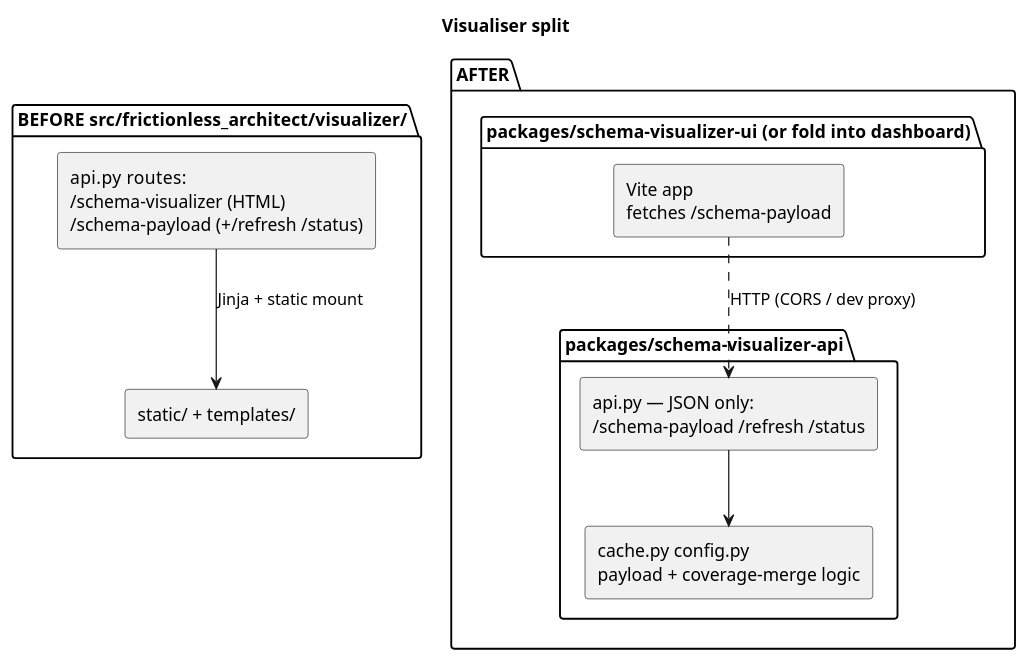
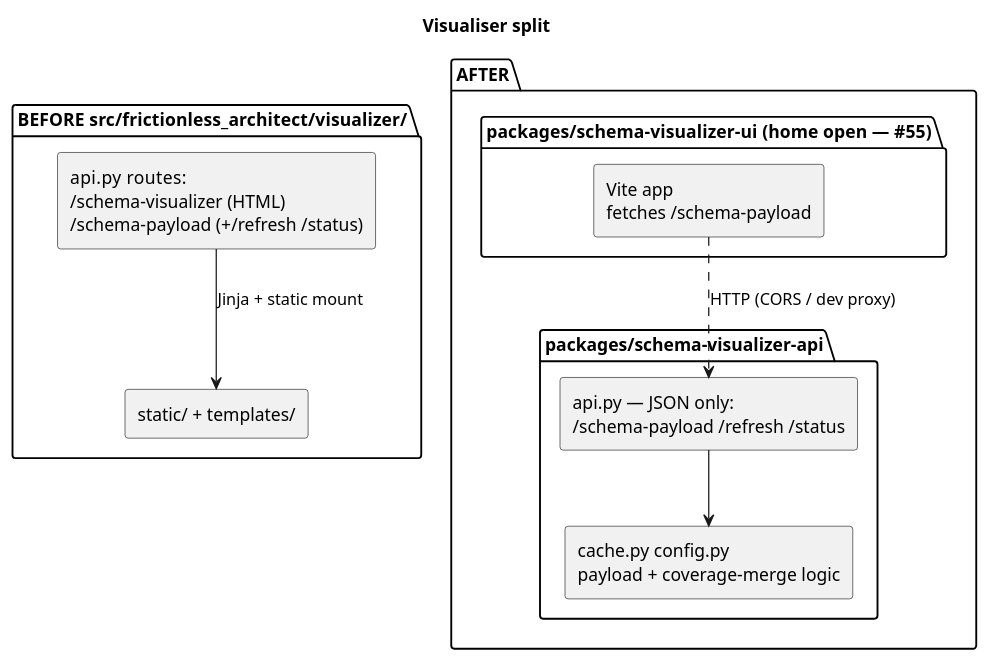
One commit to wolffy-au/frictionless-architect changed the third of 3 diagrams in ARCHITECTURE.md. Above: the diagram before and after it, drawn with PlantUML. The commit also changed other lines of this file and 5 other files, not shown here.

First line of the commit message:
docs(architecture): apply ADR-0011's six subsystems to ARCHITECTURE.md

````diff
--- a/ARCHITECTURE.md
+++ b/ARCHITECTURE.md
@@ -294,24 +267,24 @@
 ```plantuml
 @startuml
 title Visualiser split
 skinparam componentStyle rectangle
 
 package "BEFORE  src/frictionless_architect/visualizer/" {
   [api.py  routes:\n/schema-visualizer (HTML)\n/schema-payload (+/refresh /status)] as before_api
   [static/ + templates/] as before_ui
   before_api --> before_ui : Jinja + static mount
 }
 
 package "AFTER" {
   package "packages/schema-visualizer-api" {
     [api.py — JSON only:\n/schema-payload /refresh /status] as after_api
     [cache.py config.py\npayload + coverage-merge logic] as after_lib
     after_api --> after_lib
   }
-  package "packages/schema-visualizer-ui  (or fold into dashboard)" {
+  package "packages/schema-visualizer-ui  (home open — #55)" {
     [Vite app\nfetches /schema-payload] as after_ui
   }
   after_ui ..> after_api : HTTP (CORS / dev proxy)
 }
 @enduml
 ```
````
